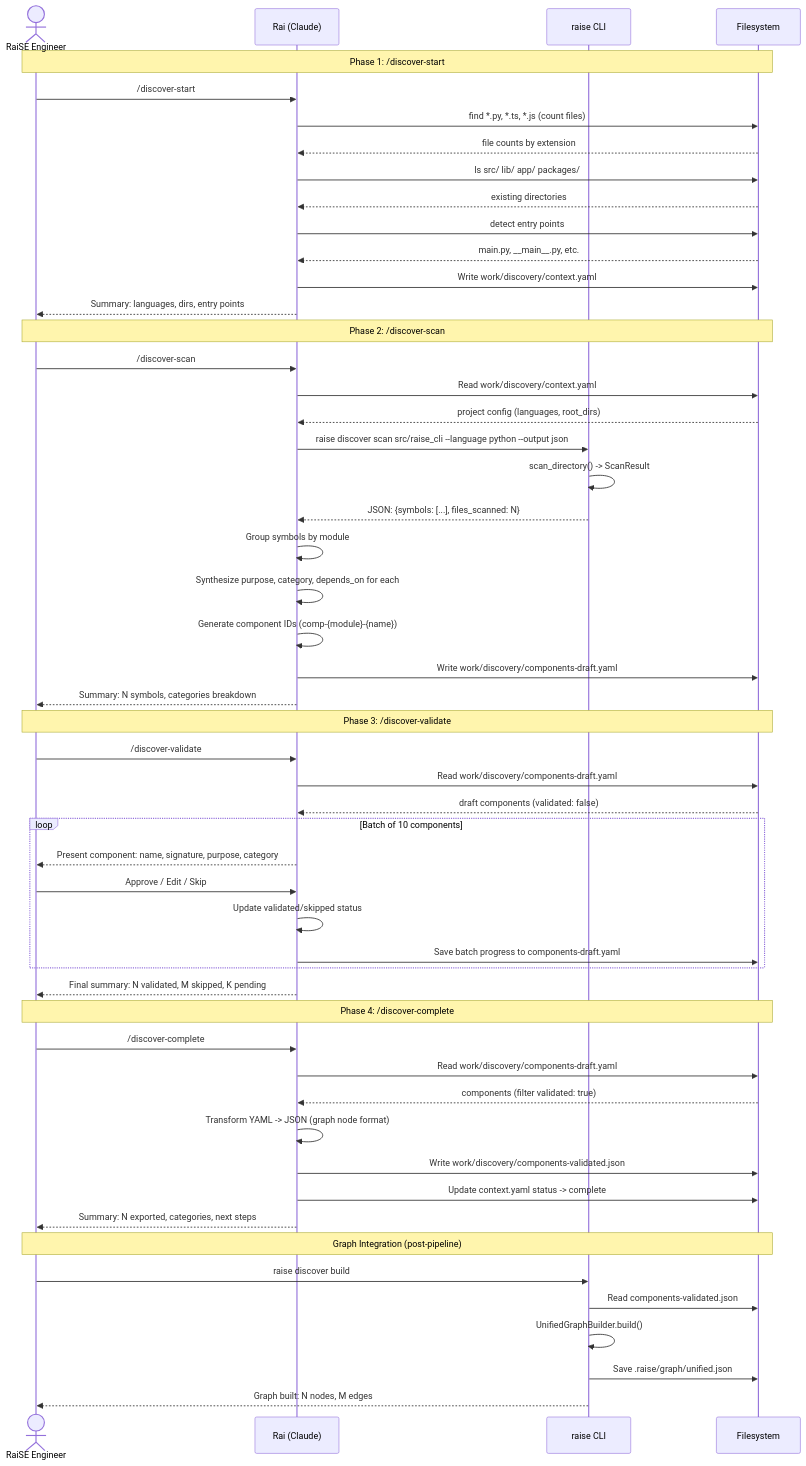
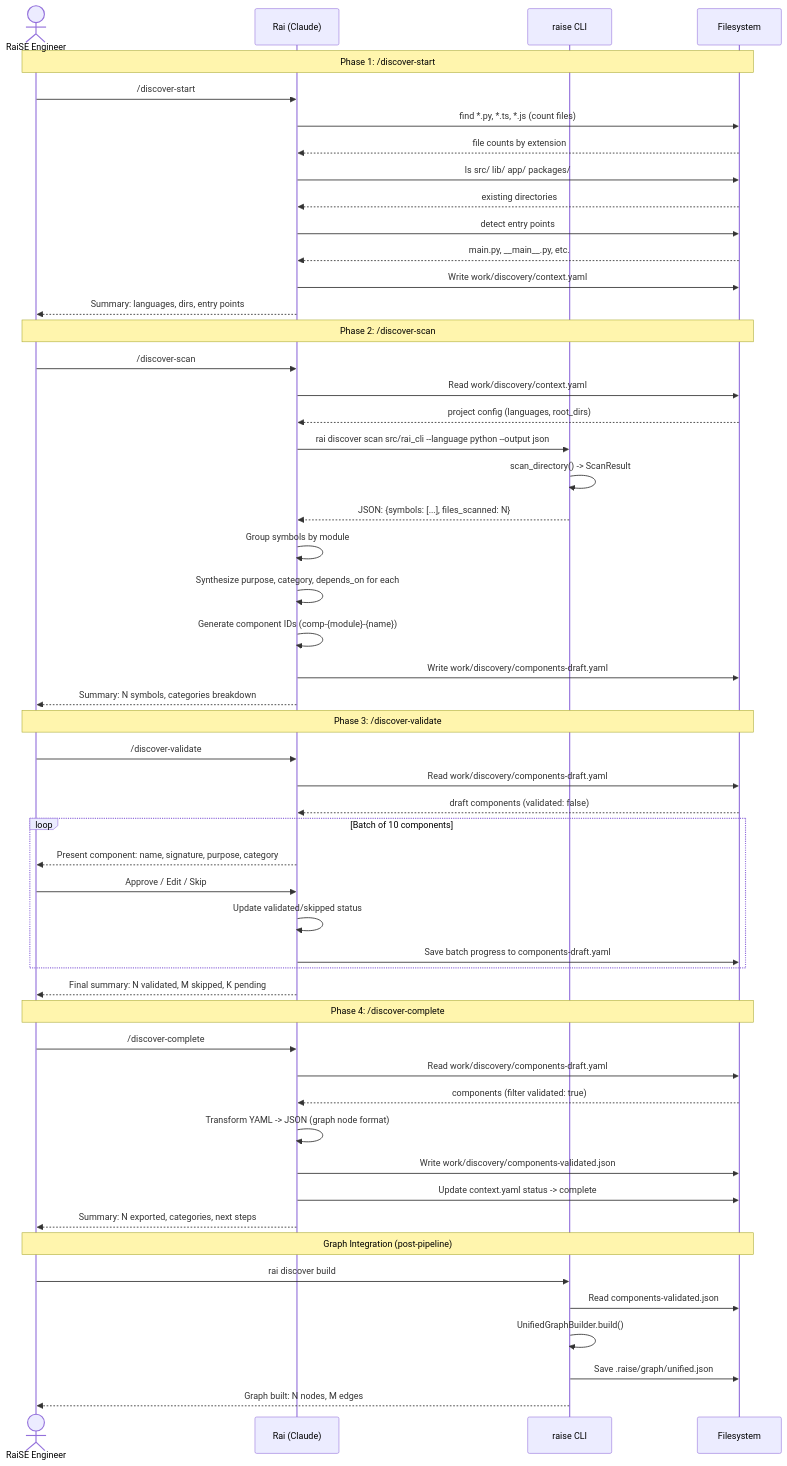
One commit to humansys/raise changed the second of 5 diagrams in work/stories/discover-validate-scaling/current-architecture.md. Above: the diagram before and after it, drawn with Mermaid. The commit also changed other lines of this file and 339 other files, not shown here.

First line of the commit message:
docs(S-RENAME): update skills, docs, and config for raise→rai rename

````diff
--- a/work/stories/discover-validate-scaling/current-architecture.md
+++ b/work/stories/discover-validate-scaling/current-architecture.md
@@ -121,59 +121,59 @@
 ```mermaid
 sequenceDiagram
     actor Human as RaiSE Engineer
     participant Rai as Rai (Claude)
     participant CLI as raise CLI
     participant FS as Filesystem
 
     Note over Human,FS: Phase 1: /discover-start
     Human->>Rai: /discover-start
     Rai->>FS: find *.py, *.ts, *.js (count files)
     FS-->>Rai: file counts by extension
     Rai->>FS: ls src/ lib/ app/ packages/
     FS-->>Rai: existing directories
     Rai->>FS: detect entry points
     FS-->>Rai: main.py, __main__.py, etc.
     Rai->>FS: Write work/discovery/context.yaml
     Rai-->>Human: Summary: languages, dirs, entry points
 
     Note over Human,FS: Phase 2: /discover-scan
     Human->>Rai: /discover-scan
     Rai->>FS: Read work/discovery/context.yaml
     FS-->>Rai: project config (languages, root_dirs)
-    Rai->>CLI: raise discover scan src/raise_cli --language python --output json
+    Rai->>CLI: rai discover scan src/rai_cli --language python --output json
     CLI->>CLI: scan_directory() -> ScanResult
     CLI-->>Rai: JSON: {symbols: [...], files_scanned: N}
     Rai->>Rai: Group symbols by module
     Rai->>Rai: Synthesize purpose, category, depends_on for each
     Rai->>Rai: Generate component IDs (comp-{module}-{name})
     Rai->>FS: Write work/discovery/components-draft.yaml
     Rai-->>Human: Summary: N symbols, categories breakdown
 
     Note over Human,FS: Phase 3: /discover-validate
     Human->>Rai: /discover-validate
     Rai->>FS: Read work/discovery/components-draft.yaml
     FS-->>Rai: draft components (validated: false)
     loop Batch of 10 components
         Rai-->>Human: Present component: name, signature, purpose, category
         Human->>Rai: Approve / Edit / Skip
         Rai->>Rai: Update validated/skipped status
         Rai->>FS: Save batch progress to components-draft.yaml
     end
     Rai-->>Human: Final summary: N validated, M skipped, K pending
 
     Note over Human,FS: Phase 4: /discover-complete
     Human->>Rai: /discover-complete
     Rai->>FS: Read work/discovery/components-draft.yaml
     FS-->>Rai: components (filter validated: true)
     Rai->>Rai: Transform YAML -> JSON (graph node format)
     Rai->>FS: Write work/discovery/components-validated.json
     Rai->>FS: Update context.yaml status -> complete
     Rai-->>Human: Summary: N exported, categories, next steps
 
     Note over Human,FS: Graph Integration (post-pipeline)
-    Human->>CLI: raise discover build
+    Human->>CLI: rai discover build
     CLI->>FS: Read components-validated.json
     CLI->>CLI: UnifiedGraphBuilder.build()
     CLI->>FS: Save .raise/graph/unified.json
     CLI-->>Human: Graph built: N nodes, M edges
 ```
````
